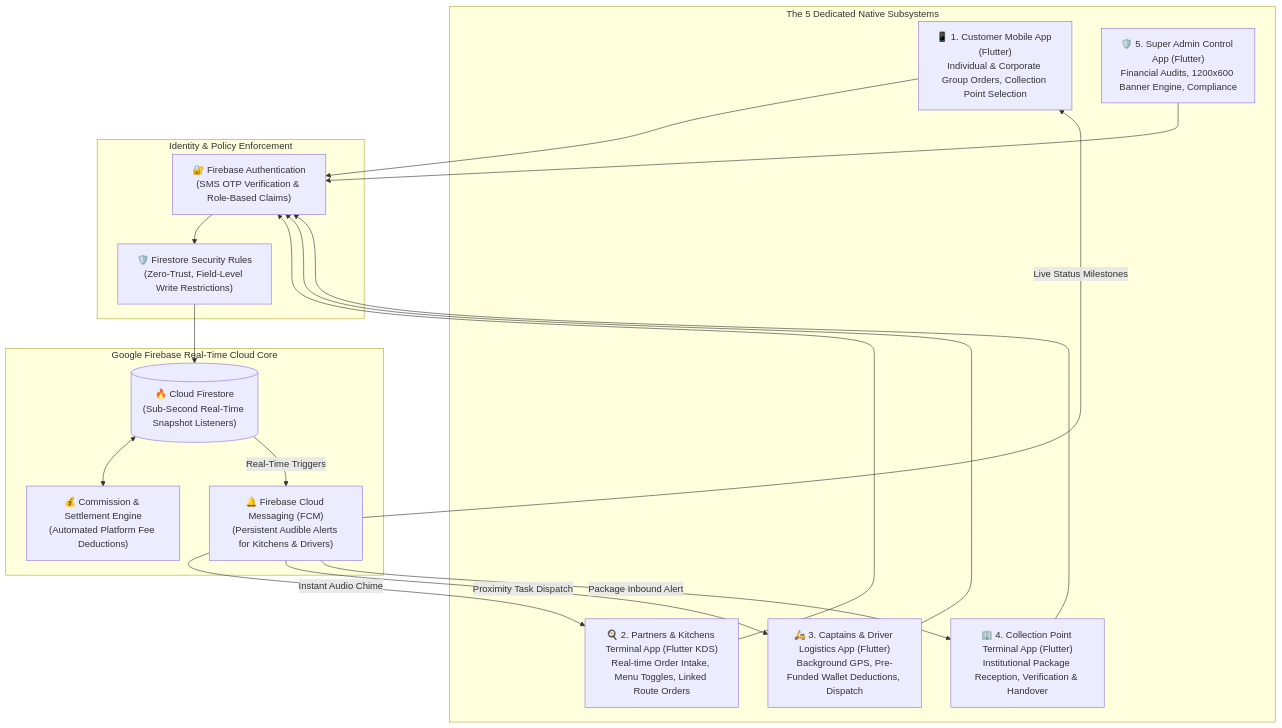
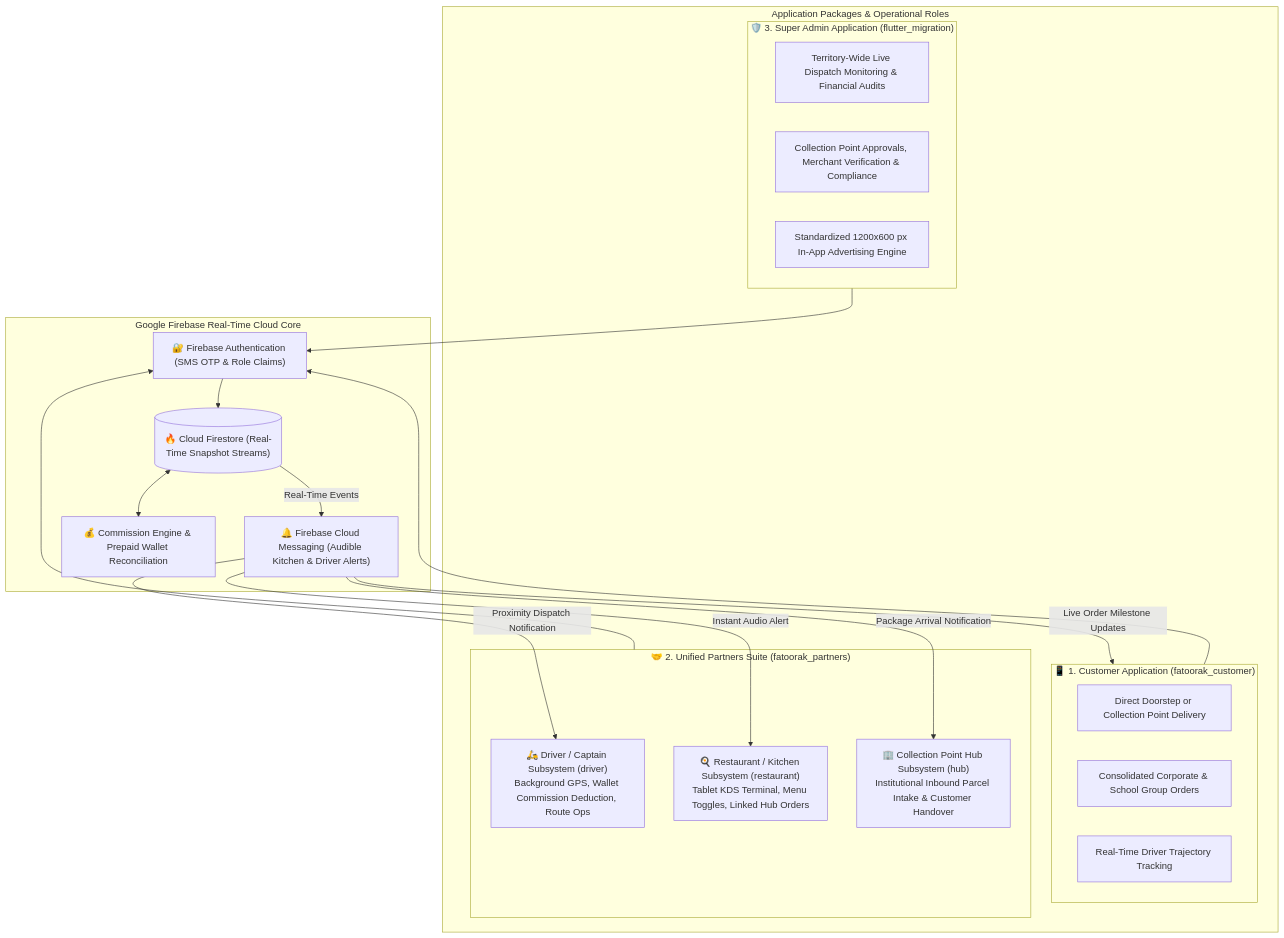
One commit to ahmadrashed2589-hue/Fatoorak-System-Architecture changed the diagram in README_EN.md. Above: the diagram before and after it, drawn with Mermaid. The commit also changed other lines of this file and 1 other file, not shown here.

Commit message:
docs: map detailed codebase structure for customer, admin, and 3-in-1 partners app

````diff
--- a/README_EN.md
+++ b/README_EN.md
@@ -31,31 +36,41 @@
 ```mermaid
 flowchart TD
-    subgraph Ecosystem_Apps ["The 5 Dedicated Native Subsystems"]
-        APP_CLIENT["📱 1. Customer Mobile App (Flutter)\nIndividual & Corporate Group Orders, Collection Point Selection"]
-        APP_RESTAURANT["🍳 2. Partners & Kitchens Terminal App (Flutter KDS)\nReal-time Order Intake, Menu Toggles, Linked Route Orders"]
-        APP_CAPTAIN["🛵 3. Captains & Driver Logistics App (Flutter)\nBackground GPS, Pre-Funded Wallet Deductions, Dispatch"]
-        APP_POINT["🏢 4. Collection Point Terminal App (Flutter)\nInstitutional Package Reception, Verification & Handover"]
-        APP_ADMIN["🛡️ 5. Super Admin Control App (Flutter)\nFinancial Audits, 1200x600 Banner Engine, Compliance"]
-    end
+    subgraph Packages_Structure ["Application Packages & Operational Roles"]
+        subgraph Customer_App ["📱 1. Customer Application (fatoorak_customer)"]
+            C_ORDER["Direct Doorstep or Collection Point Delivery"]
+            C_GROUP["Consolidated Corporate & School Group Orders"]
+            C_TRACK["Real-Time Driver Trajectory Tracking"]
+        end
 
-    subgraph Security_Identity ["Identity & Policy Enforcement"]
-        AUTH["🔐 Firebase Authentication\n(SMS OTP Verification & Role-Based Claims)"]
-        RULES["🛡️ Firestore Security Rules\n(Zero-Trust, Field-Level Write Restrictions)"]
+        subgraph Partners_App ["🤝 2. Unified Partners Suite (fatoorak_partners)"]
+            P_DRIVER["🛵 Driver / Captain Subsystem (driver)
+Background GPS, Wallet Commission Deduction, Route Ops"]
+            P_REST["🍳 Restaurant / Kitchen Subsystem (restaurant)
+Tablet KDS Terminal, Menu Toggles, Linked Hub Orders"]
+            P_HUB["🏢 Collection Point Hub Subsystem (hub)
+Institutional Inbound Parcel Intake & Customer Handover"]
+        end
+
+        subgraph Admin_App ["🛡️ 3. Super Admin Application (flutter_migration)"]
+            A_MONITOR["Territory-Wide Live Dispatch Monitoring & Financial Audits"]
+            A_HUBS["Collection Point Approvals, Merchant Verification & Compliance"]
+            A_ADS["Standardized 1200x600 px In-App Advertising Engine"]
+        end
     end
 
     subgraph Cloud_Core ["Google Firebase Real-Time Cloud Core"]
-        DB[("🔥 Cloud Firestore\n(Sub-Second Real-Time Snapshot Listeners)")]
-        FCM["🔔 Firebase Cloud Messaging (FCM)\n(Persistent Audible Alerts for Kitchens & Drivers)"]
-        WALLET["💰 Commission & Settlement Engine\n(Automated Platform Fee Deductions)"]
+        AUTH["🔐 Firebase Authentication (SMS OTP & Role Claims)"]
+        DB[("🔥 Cloud Firestore (Real-Time Snapshot Streams)")]
+        FCM["🔔 Firebase Cloud Messaging (Audible Kitchen & Driver Alerts)"]
+        WALLET["💰 Commission Engine & Prepaid Wallet Reconciliation"]
     end
 
-    APP_CLIENT & APP_RESTAURANT & APP_CAPTAIN & APP_POINT & APP_ADMIN --> AUTH
-    AUTH --> RULES
-    RULES --> DB
+    Customer_App & Partners_App & Admin_App --> AUTH
+    AUTH --> DB
     DB <--> WALLET
-    DB -- Real-Time Triggers --> FCM
-    FCM -->|Instant Audio Chime| APP_RESTAURANT
-    FCM -->|Proximity Task Dispatch| APP_CAPTAIN
-    FCM -->|Package Inbound Alert| APP_POINT
-    FCM -->|Live Status Milestones| APP_CLIENT
+    DB -- Real-Time Events --> FCM
+    FCM -->|Instant Audio Alert| P_REST
+    FCM -->|Proximity Dispatch Notification| P_DRIVER
+    FCM -->|Package Arrival Notification| P_HUB
+    FCM -->|Live Order Milestone Updates| Customer_App
 ```
````
